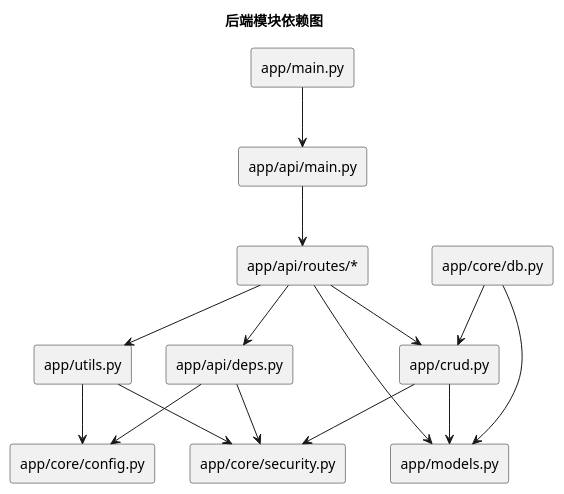
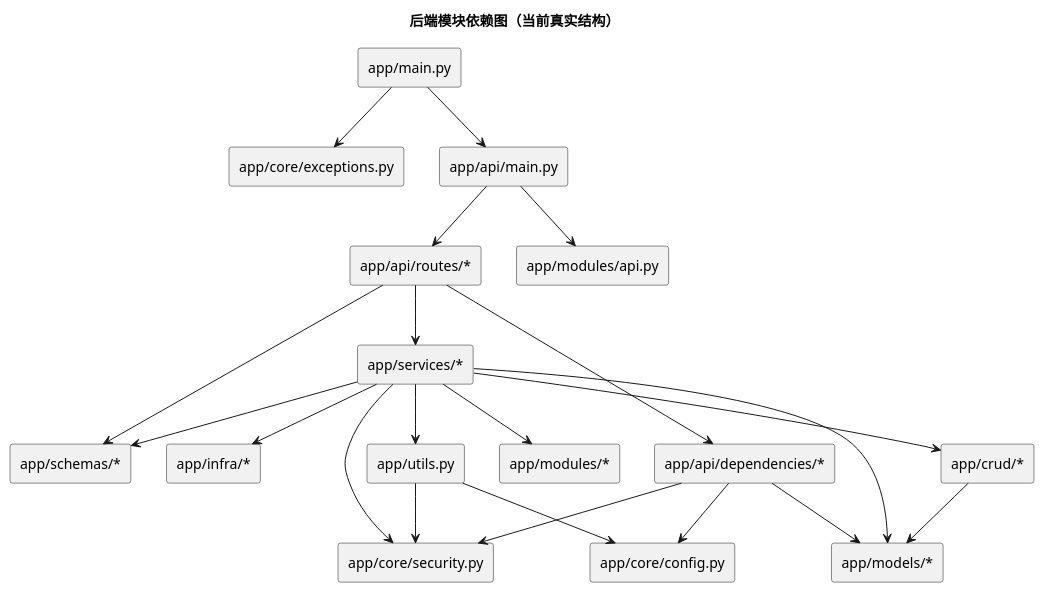
Before and after one commit to fangxu6/full-stack-fastapi-template: the second of 3 diagrams in docs/私域知识工程体系产出/系统架构分析.md, drawn with PlantUML. The commit also changed other lines of this file and 60 other files, not shown here.

````diff
--- a/docs/私域知识工程体系产出/系统架构分析.md
+++ b/docs/私域知识工程体系产出/系统架构分析.md
@@ -80,32 +86,43 @@
 ```uml
 @startuml
-title 后端模块依赖图
+title 后端模块依赖图（当前真实结构）
 skinparam componentStyle rectangle
 
 component "app/main.py" as AppMain
+component "app/core/exceptions.py" as CoreExceptions
 component "app/api/main.py" as ApiMain
 component "app/api/routes/*" as ApiRoutes
-component "app/api/deps.py" as ApiDeps
+component "app/api/dependencies/*" as ApiDeps
+component "app/services/*" as Services
+component "app/crud/*" as Crud
+component "app/models/*" as Models
+component "app/schemas/*" as Schemas
+component "app/modules/api.py" as ModulesApi
+component "app/modules/*" as Modules
+component "app/infra/*" as Infra
+component "app/core/security.py" as Security
 component "app/core/config.py" as Config
-component "app/core/security.py" as Security
-component "app/core/db.py" as DBInit
-component "app/crud.py" as Crud
-component "app/models.py" as Models
 component "app/utils.py" as Utils
 
+AppMain --> CoreExceptions
 AppMain --> ApiMain
 ApiMain --> ApiRoutes
+ApiMain --> ModulesApi
 ApiRoutes --> ApiDeps
-ApiRoutes --> Crud
-ApiRoutes --> Models
-ApiRoutes --> Utils
+ApiRoutes --> Services
+ApiRoutes --> Schemas
 ApiDeps --> Security
 ApiDeps --> Config
+ApiDeps --> Models
+Services --> Crud
+Services --> Models
+Services --> Schemas
+Services --> Utils
+Services --> Security
+Services --> Modules
+Services --> Infra
 Crud --> Models
-Crud --> Security
-DBInit --> Models
-DBInit --> Crud
 Utils --> Config
 Utils --> Security
 @enduml
 ```
````
